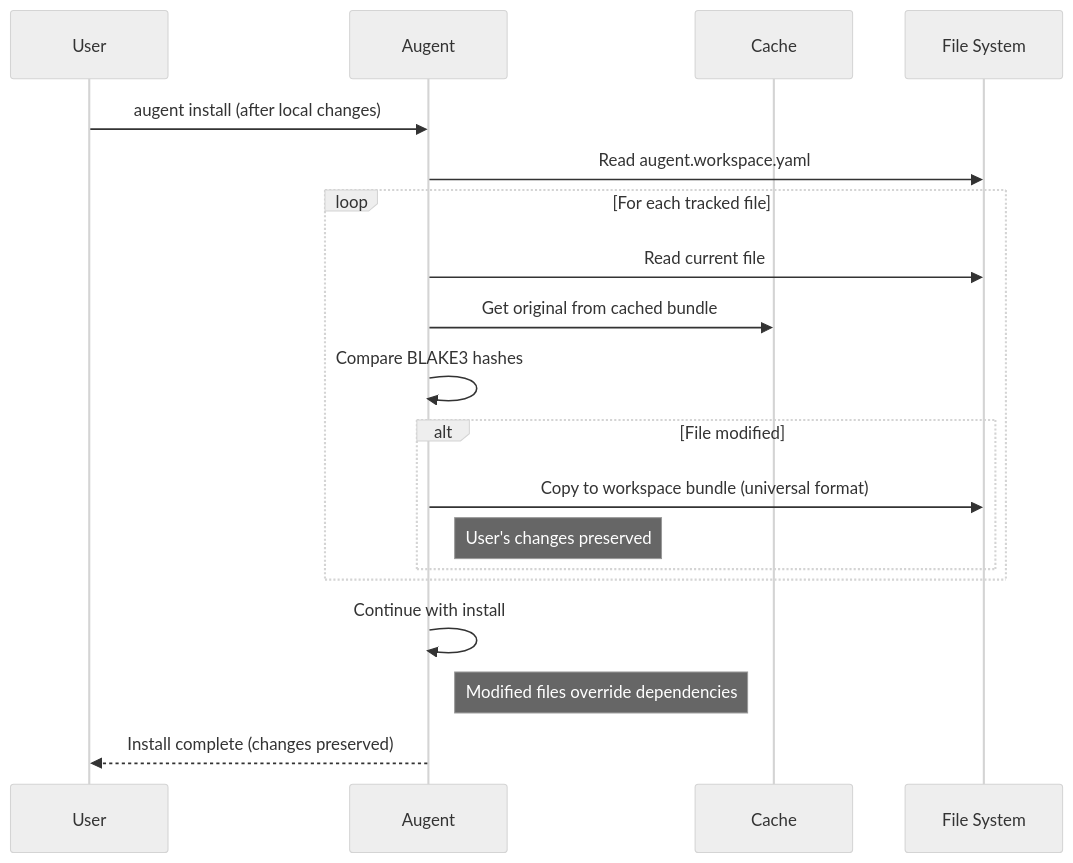
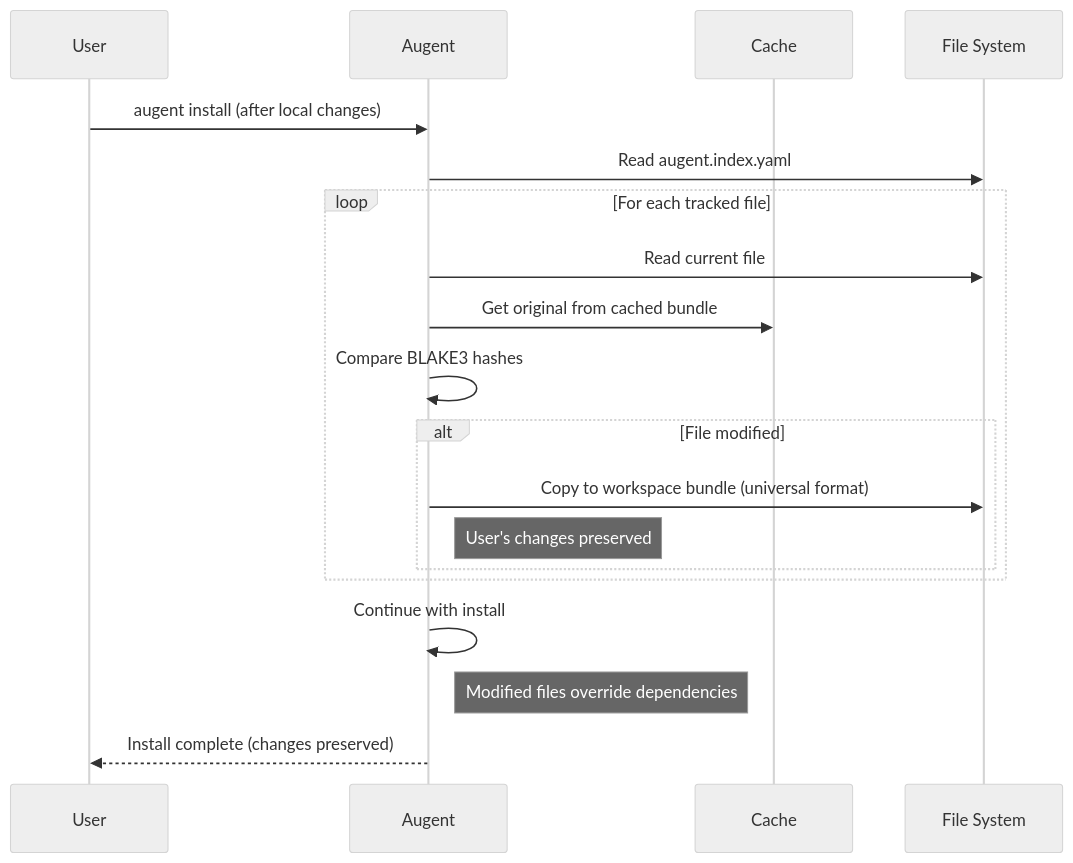
The fifth of 6 diagrams in docs/implementation/architecture.md (asyrjasalo/augent), drawn with Mermaid (neutral theme) before and after one commit. The commit also changed other lines of this file and 32 other files, not shown here.

First line of the commit message:
refactor(index): rename workspace config to index

````diff
--- a/docs/implementation/architecture.md
+++ b/docs/implementation/architecture.md
@@ -218,22 +218,22 @@
 ```mermaid
 sequenceDiagram
     participant User
     participant Augent
     participant Cache
     participant FS as File System
 
     User->>Augent: augent install (after local changes)
-    Augent->>FS: Read augent.workspace.yaml
+    Augent->>FS: Read augent.index.yaml
     loop For each tracked file
         Augent->>FS: Read current file
         Augent->>Cache: Get original from cached bundle
         Augent->>Augent: Compare BLAKE3 hashes
         alt File modified
             Augent->>FS: Copy to workspace bundle (universal format)
             Note right of Augent: User's changes preserved
         end
     end
     Augent->>Augent: Continue with install
     Note right of Augent: Modified files override dependencies
     Augent-->>User: Install complete (changes preserved)
 ```
````
